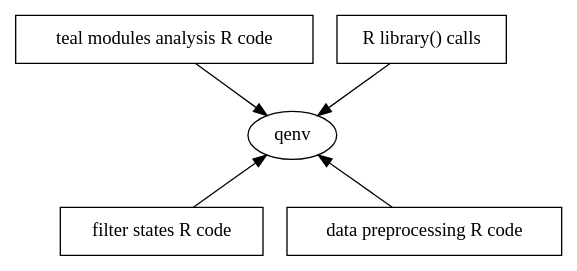
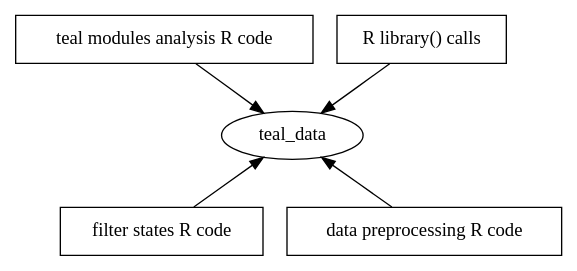
One commit to insightsengineering/teal changed the diagram in vignettes/blueprint/teal_data.Rmd. Above: the diagram before and after it, drawn with Graphviz.

Commit message:
fix diagram in teal_data

````diff
--- a/vignettes/blueprint/teal_data.Rmd
+++ b/vignettes/blueprint/teal_data.Rmd
@@ -30,15 +30,15 @@
-```{dot qenv_dot_diagram, echo=FALSE}
+```{dot teal_data_dot_diagram, echo=FALSE}
 digraph G {
-    qenv [label = "qenv"];
+    teal_data [label = "teal_data"];
     node [shape=box];
     teal_modules [label = "teal modules analysis R code"];
     library [label = "R library() calls"];
     filter_states [label = "filter states R code"];
     data [label = "data preprocessing R code"];
-    teal_modules -> qenv;
-    library -> qenv;
+    teal_modules -> teal_data;
+    library -> teal_data;
     edge [dir="back"];
-    qenv -> filter_states;
-    qenv -> data;
+    teal_data -> filter_states;
+    teal_data -> data;
 }
 ```
````
